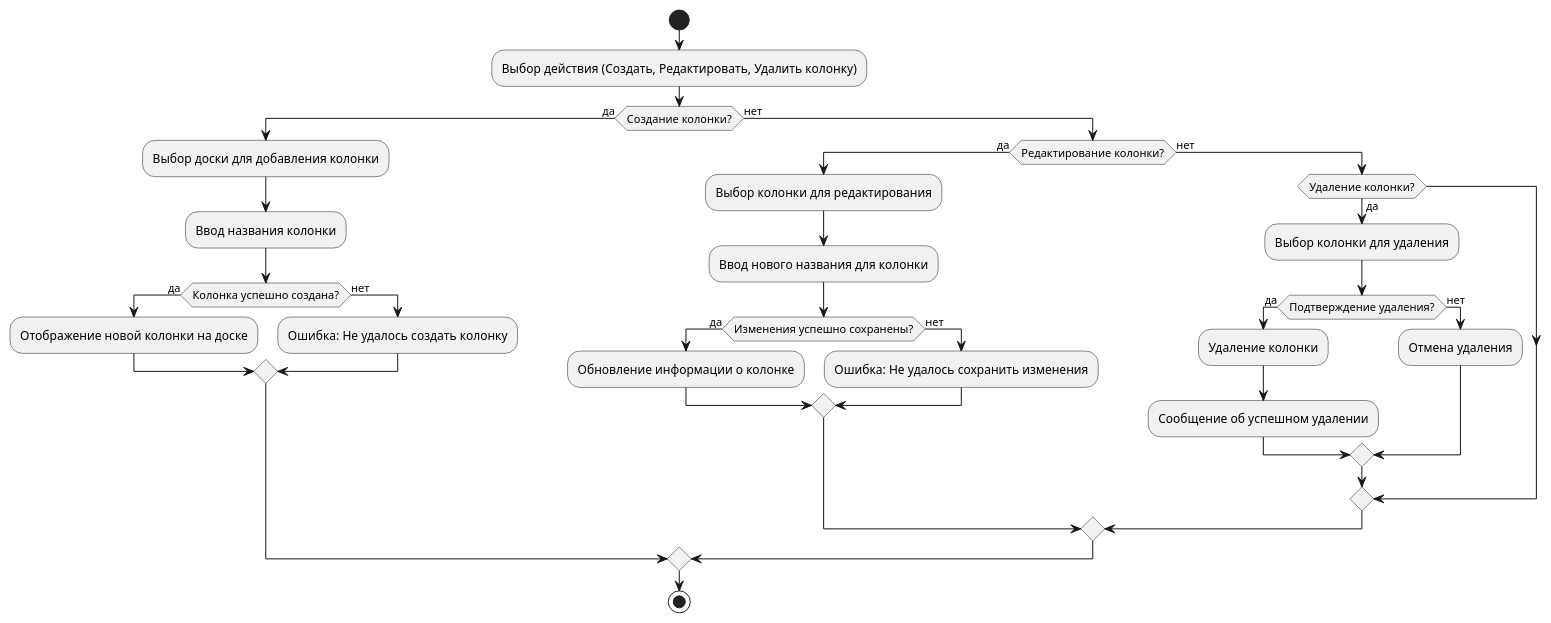
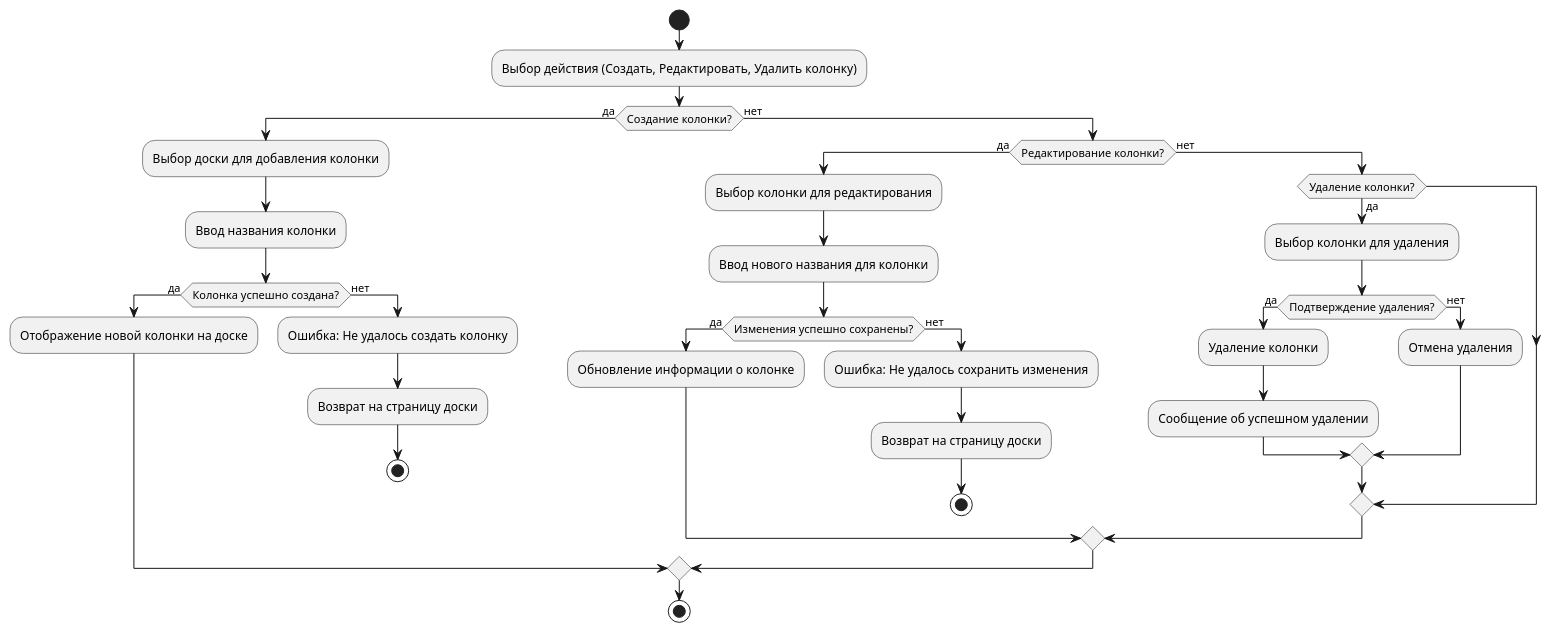
One commit to kemmed/KanbanApp changed the diagram in doc/diagrams/ColumnAD.puml. Above: the diagram before and after it, drawn with PlantUML. The commit also changed 36 other files, not shown here.

```diff
--- a/doc/diagrams/ColumnAD.puml
+++ b/doc/diagrams/ColumnAD.puml
@@ -1,37 +1,41 @@
 @startuml ColumnAD
 start
 
 :Выбор действия (Создать, Редактировать, Удалить колонку);
 
 if (Создание колонки?) then (да)
     :Выбор доски для добавления колонки;
     :Ввод названия колонки;
     if (Колонка успешно создана?) then (да)
         :Отображение новой колонки на доске;
     else (нет)
         :Ошибка: Не удалось создать колонку;
+        :Возврат на страницу доски;
+        stop
     endif
 else (нет)
     if (Редактирование колонки?) then (да)
         :Выбор колонки для редактирования;
         :Ввод нового названия для колонки;
         if (Изменения успешно сохранены?) then (да)
             :Обновление информации о колонке;
         else (нет)
             :Ошибка: Не удалось сохранить изменения;
+            :Возврат на страницу доски;
+            stop
         endif
     else (нет)
         if (Удаление колонки?) then (да)
             :Выбор колонки для удаления;
             if (Подтверждение удаления?) then (да)
                 :Удаление колонки;
                 :Сообщение об успешном удалении;
             else (нет)
                 :Отмена удаления;
             endif
         endif
     endif
 endif
 
 stop
 @enduml
```
